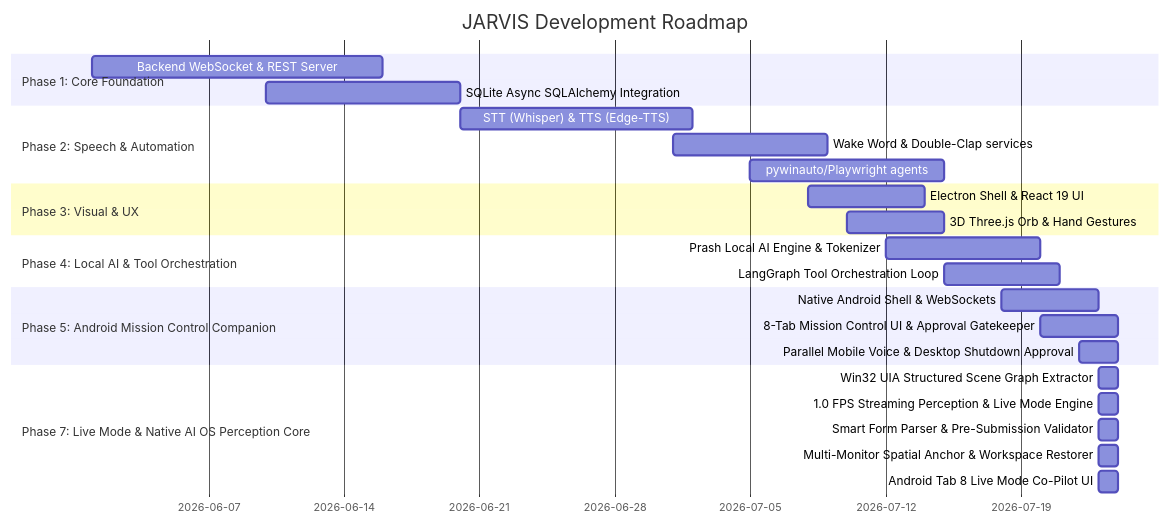
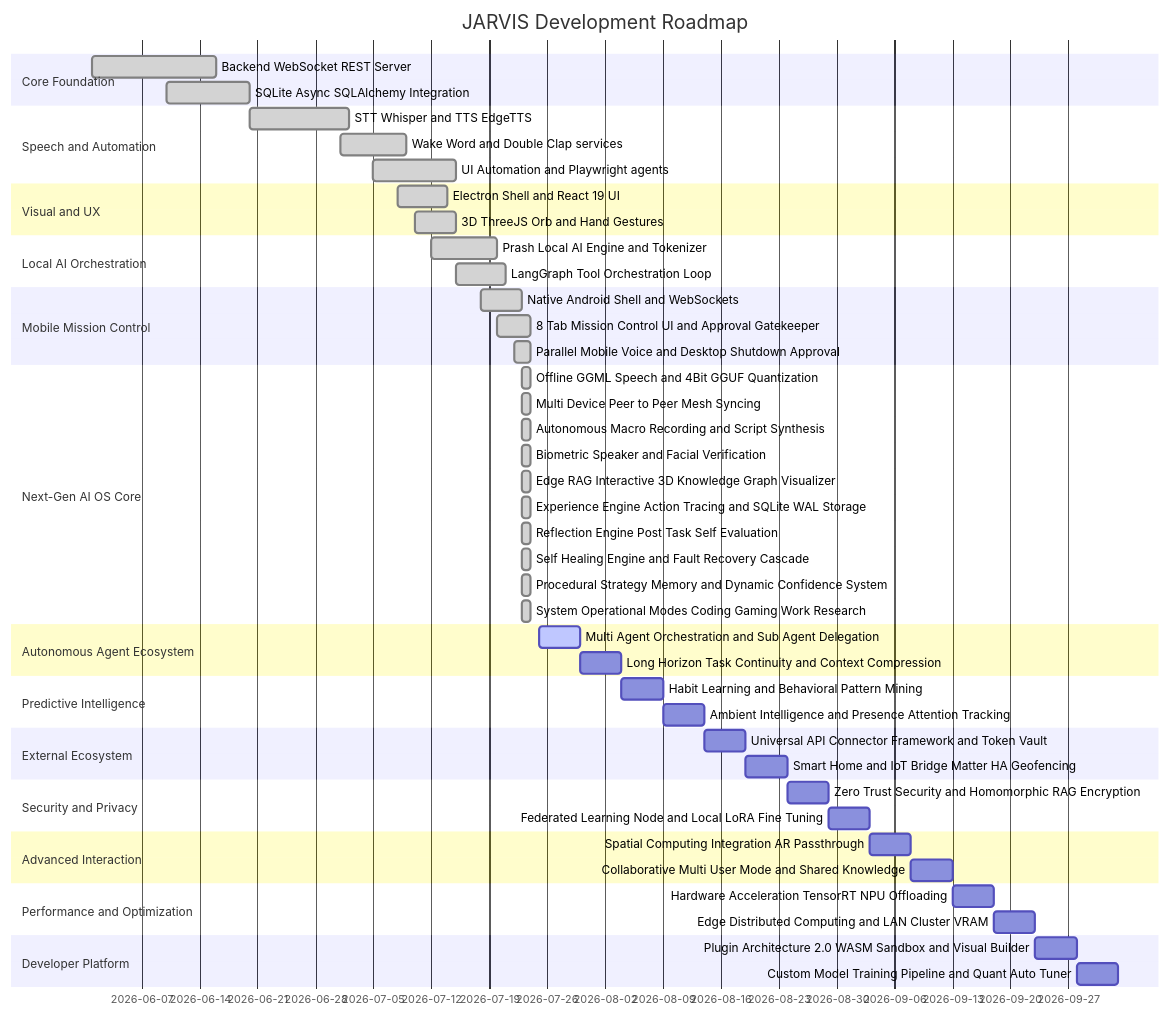
The diagram in documentations/uptodate.md (Ashrit-Raghupatruni/JARVIS), drawn with Mermaid before and after one commit. The commit also changed 3 other files, not shown here.

Commit message:
docs: sync Phases 7-13 roadmap expansion, fix Mermaid Gantt header syntax, and clean section titles

````diff
--- a/documentations/uptodate.md
+++ b/documentations/uptodate.md
@@ -9,28 +9,54 @@
 ```mermaid
 gantt
     title JARVIS Development Roadmap
-    dateFormat  YYYY-MM-DD
-    section Phase 1: Core Foundation
-    Backend WebSocket & REST Server :completed, 2026-06-01, 15d
-    SQLite Async SQLAlchemy Integration :completed, 2026-06-10, 10d
-    section Phase 2: Speech & Automation
-    STT (Whisper) & TTS (Edge-TTS) :completed, 2026-06-20, 12d
-    Wake Word & Double-Clap services :completed, 2026-07-01, 8d
-    pywinauto/Playwright agents :completed, 2026-07-05, 10d
-    section Phase 3: Visual & UX
-    Electron Shell & React 19 UI :completed, 2026-07-08, 6d
-    3D Three.js Orb & Hand Gestures :completed, 2026-07-10, 5d
-    section Phase 4: Local AI & Tool Orchestration
-    Prash Local AI Engine & Tokenizer :completed, 2026-07-12, 8d
-    LangGraph Tool Orchestration Loop :completed, 2026-07-15, 6d
-    section Phase 5: Android Mission Control Companion
-    Native Android Shell & WebSockets :completed, 2026-07-18, 5d
-    8-Tab Mission Control UI & Approval Gatekeeper :completed, 2026-07-20, 4d
-    Parallel Mobile Voice & Desktop Shutdown Approval :completed, 2026-07-22, 2d
-    section Phase 7: Live Mode & Native AI OS Perception Core
-    Win32 UIA Structured Scene Graph Extractor :completed, 2026-07-23, 1d
-    1.0 FPS Streaming Perception & Live Mode Engine :completed, 2026-07-23, 1d
-    Smart Form Parser & Pre-Submission Validator :completed, 2026-07-23, 1d
-    Multi-Monitor Spatial Anchor & Workspace Restorer :completed, 2026-07-23, 1d
-    Android Tab 8 Live Mode Co-Pilot UI :completed, 2026-07-23, 1d
+    dateFormat YYYY-MM-DD
+    section Core Foundation
+    Backend WebSocket REST Server :done, t1_1, 2026-06-01, 15d
+    SQLite Async SQLAlchemy Integration :done, t1_2, 2026-06-10, 10d
+    section Speech and Automation
+    STT Whisper and TTS EdgeTTS :done, t2_1, 2026-06-20, 12d
+    Wake Word and Double Clap services :done, t2_2, 2026-07-01, 8d
+    UI Automation and Playwright agents :done, t2_3, 2026-07-05, 10d
+    section Visual and UX
+    Electron Shell and React 19 UI :done, t3_1, 2026-07-08, 6d
+    3D ThreeJS Orb and Hand Gestures :done, t3_2, 2026-07-10, 5d
+    section Local AI Orchestration
+    Prash Local AI Engine and Tokenizer :done, t4_1, 2026-07-12, 8d
+    LangGraph Tool Orchestration Loop :done, t4_2, 2026-07-15, 6d
+    section Mobile Mission Control
+    Native Android Shell and WebSockets :done, t5_1, 2026-07-18, 5d
+    8 Tab Mission Control UI and Approval Gatekeeper :done, t5_2, 2026-07-20, 4d
+    Parallel Mobile Voice and Desktop Shutdown Approval :done, t5_3, 2026-07-22, 2d
+    section Next-Gen AI OS Core
+    Offline GGML Speech and 4Bit GGUF Quantization :done, t6_1, 2026-07-23, 1d
+    Multi Device Peer to Peer Mesh Syncing :done, t6_2, 2026-07-23, 1d
+    Autonomous Macro Recording and Script Synthesis :done, t6_3, 2026-07-23, 1d
+    Biometric Speaker and Facial Verification :done, t6_4, 2026-07-23, 1d
+    Edge RAG Interactive 3D Knowledge Graph Visualizer :done, t6_5, 2026-07-23, 1d
+    Experience Engine Action Tracing and SQLite WAL Storage :done, t6_6, 2026-07-23, 1d
+    Reflection Engine Post Task Self Evaluation :done, t6_7, 2026-07-23, 1d
+    Self Healing Engine and Fault Recovery Cascade :done, t6_8, 2026-07-23, 1d
+    Procedural Strategy Memory and Dynamic Confidence System :done, t6_9, 2026-07-23, 1d
+    System Operational Modes Coding Gaming Work Research :done, t6_10, 2026-07-23, 1d
+    section Autonomous Agent Ecosystem
+    Multi Agent Orchestration and Sub Agent Delegation :active, t7_1, 2026-07-25, 5d
+    Long Horizon Task Continuity and Context Compression :t7_2, 2026-07-30, 5d
+    section Predictive Intelligence
+    Habit Learning and Behavioral Pattern Mining :t8_1, 2026-08-04, 5d
+    Ambient Intelligence and Presence Attention Tracking :t8_2, 2026-08-09, 5d
+    section External Ecosystem
+    Universal API Connector Framework and Token Vault :t9_1, 2026-08-14, 5d
+    Smart Home and IoT Bridge Matter HA Geofencing :t9_2, 2026-08-19, 5d
+    section Security and Privacy
+    Zero Trust Security and Homomorphic RAG Encryption :t10_1, 2026-08-24, 5d
+    Federated Learning Node and Local LoRA Fine Tuning :t10_2, 2026-08-29, 5d
+    section Advanced Interaction
+    Spatial Computing Integration AR Passthrough :t11_1, 2026-09-03, 5d
+    Collaborative Multi User Mode and Shared Knowledge :t11_2, 2026-09-08, 5d
+    section Performance and Optimization
+    Hardware Acceleration TensorRT NPU Offloading :t12_1, 2026-09-13, 5d
+    Edge Distributed Computing and LAN Cluster VRAM :t12_2, 2026-09-18, 5d
+    section Developer Platform
+    Plugin Architecture 2.0 WASM Sandbox and Visual Builder :t13_1, 2026-09-23, 5d
+    Custom Model Training Pipeline and Quant Auto Tuner :t13_2, 2026-09-28, 5d
 ```
````
